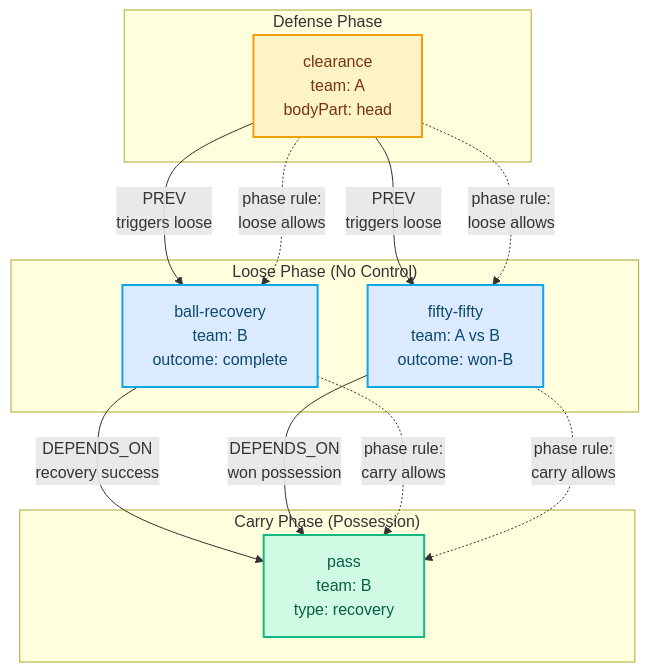
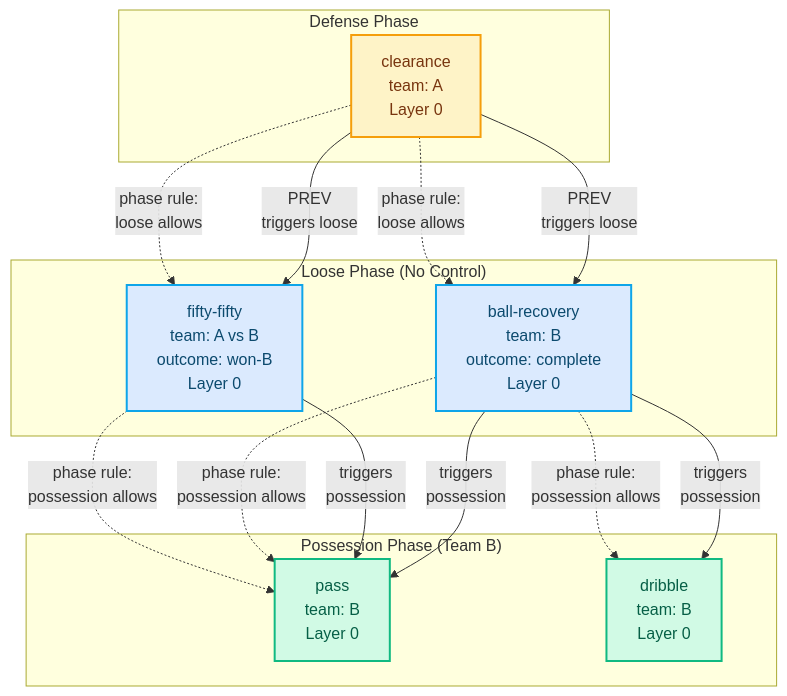
One commit to saadshahd/saadshahd.github.io changed the third of 4 diagrams in src/pages/portfolio/statsbomb.mdx. Above: the diagram before and after it, drawn with Mermaid. The commit also changed other lines of this file, not shown here.

First line of the commit message:
Refine Statsbomb case study with topological dependency layers and real-time collaboration diagram

````diff
--- a/src/pages/portfolio/statsbomb.mdx
+++ b/src/pages/portfolio/statsbomb.mdx
@@ -427,49 +450,58 @@
 ```mermaid
 graph TD
     subgraph "Defense Phase"
         CL["clearance
         team: A
-        bodyPart: head"]
+        Layer 0"]
     end
 
     subgraph "Loose Phase (No Control)"
         BR["ball-recovery
         team: B
-        outcome: complete"]
+        outcome: complete
+        Layer 0"]
         FF["fifty-fifty
         team: A vs B
-        outcome: won-B"]
+        outcome: won-B
+        Layer 0"]
     end
 
-    subgraph "Carry Phase (Possession)"
+    subgraph "Possession Phase (Team B)"
         PASS["pass
         team: B
-        type: recovery"]
+        Layer 0"]
+        DRIB["dribble
+        team: B
+        Layer 0"]
     end
 
     CL -->|PREV
     triggers loose| BR
     CL -->|PREV
     triggers loose| FF
-    BR -->|DEPENDS_ON
-    recovery success| PASS
-    FF -->|DEPENDS_ON
-    won possession| PASS
+    BR -->|triggers
+    possession| PASS
+    BR -->|triggers
+    possession| DRIB
+    FF -->|triggers
+    possession| PASS
 
     CL -.->|phase rule:
     loose allows| BR
     CL -.->|phase rule:
     loose allows| FF
     BR -.->|phase rule:
-    carry allows| PASS
+    possession allows| PASS
+    BR -.->|phase rule:
+    possession allows| DRIB
     FF -.->|phase rule:
-    carry allows| PASS
+    possession allows| PASS
 
     classDef defense fill:#FEF3C7,stroke:#F59E0B,stroke-width:2px,color:#78350F
     classDef loose fill:#DBEAFE,stroke:#0EA5E9,stroke-width:2px,color:#0C4A6E
-    classDef carry fill:#D1FAE5,stroke:#10B981,stroke-width:2px,color:#065F46
+    classDef possession fill:#D1FAE5,stroke:#10B981,stroke-width:2px,color:#065F46
 
     class CL defense
     class BR,FF loose
-    class PASS carry
+    class PASS,DRIB possession
 ```
````
